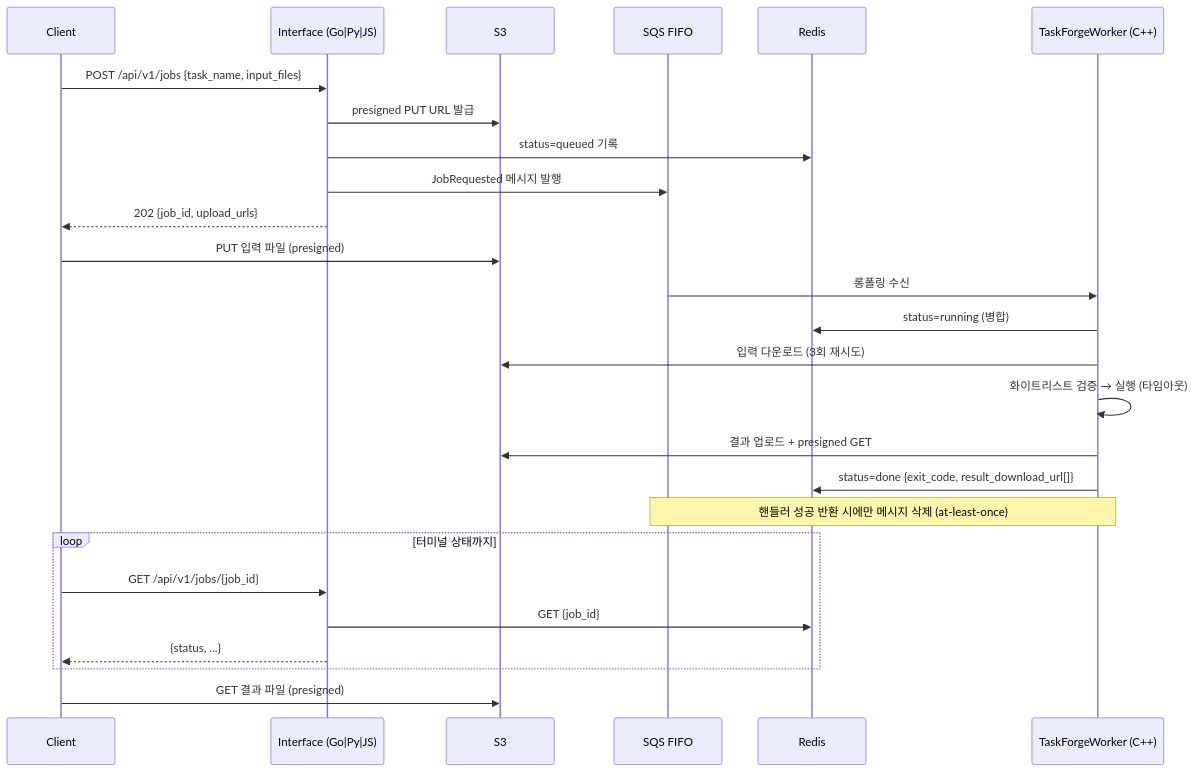
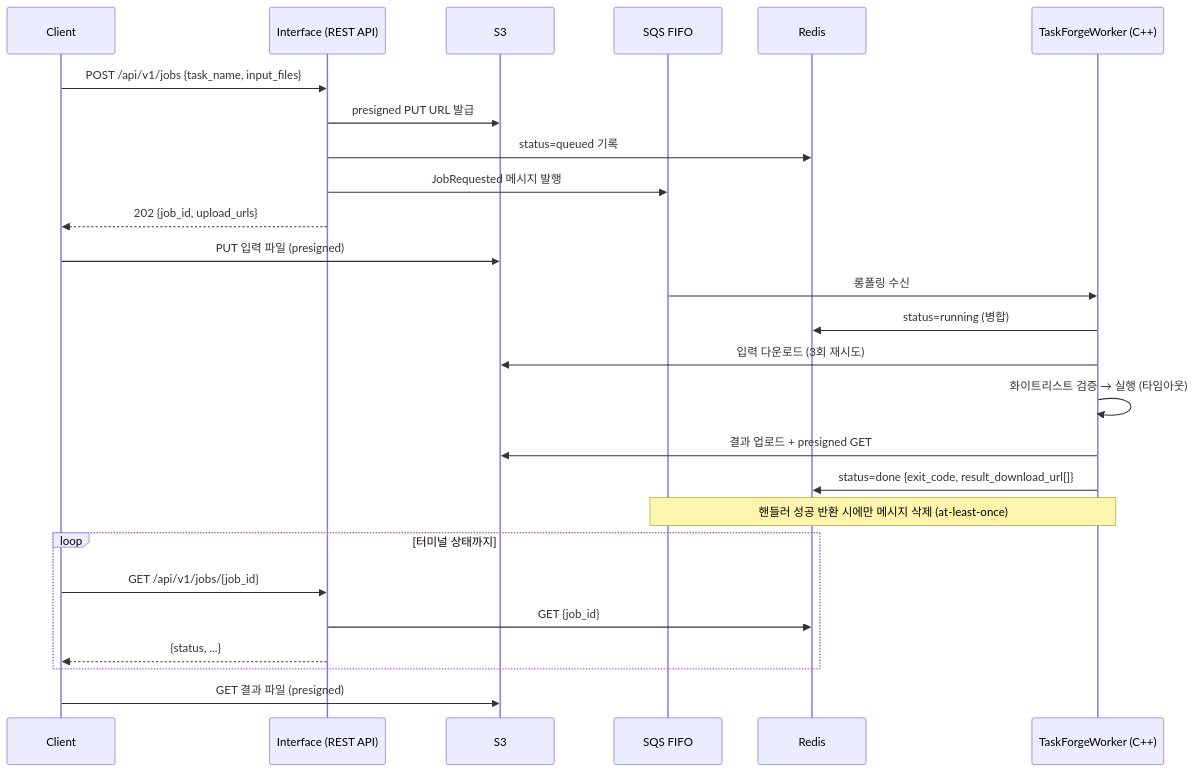
One commit to ngee044/yirang-taskforge changed the second of 2 diagrams in README.md. Above: the diagram before and after it, drawn with Mermaid. The commit also changed other lines of this file and 8 other files, not shown here.

````diff
--- a/README.md
+++ b/README.md
@@ -46,31 +42,31 @@
 ```mermaid
 sequenceDiagram
     participant C as Client
-    participant API as Interface (Go|Py|JS)
+    participant API as Interface (REST API)
     participant S3 as S3
     participant Q as SQS FIFO
     participant R as Redis
     participant W as TaskForgeWorker (C++)
 
     C->>API: POST /api/v1/jobs {task_name, input_files}
     API->>S3: presigned PUT URL 발급
     API->>R: status=queued 기록
     API->>Q: JobRequested 메시지 발행
     API-->>C: 202 {job_id, upload_urls}
     C->>S3: PUT 입력 파일 (presigned)
 
     Q->>W: 롱폴링 수신
     W->>R: status=running (병합)
     W->>S3: 입력 다운로드 (3회 재시도)
     W->>W: 화이트리스트 검증 → 실행 (타임아웃)
     W->>S3: 결과 업로드 + presigned GET
     W->>R: status=done {exit_code, result_download_url[]}
     Note over W,Q: 핸들러 성공 반환 시에만 메시지 삭제 (at-least-once)
 
     loop 터미널 상태까지
         C->>API: GET /api/v1/jobs/{job_id}
         API->>R: GET {job_id}
         API-->>C: {status, ...}
     end
     C->>S3: GET 결과 파일 (presigned)
 ```
````
